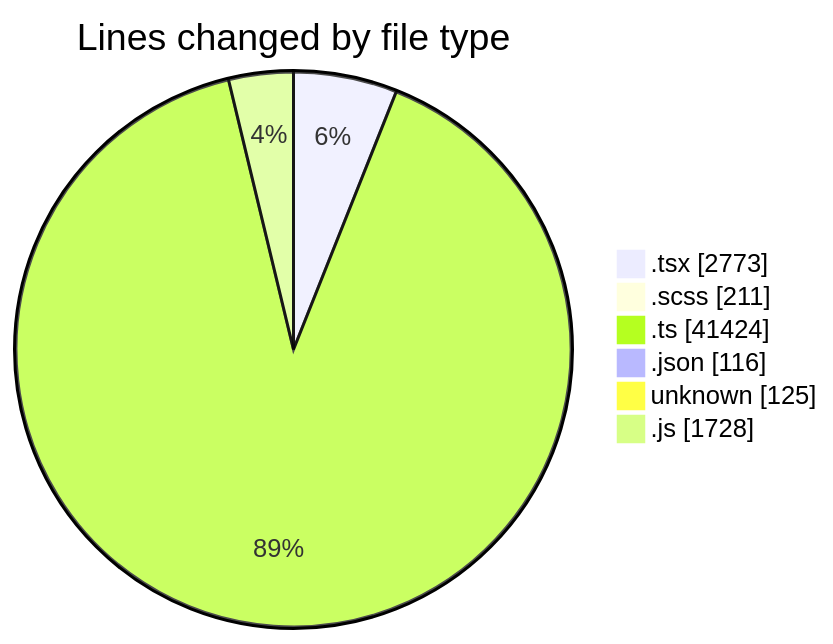
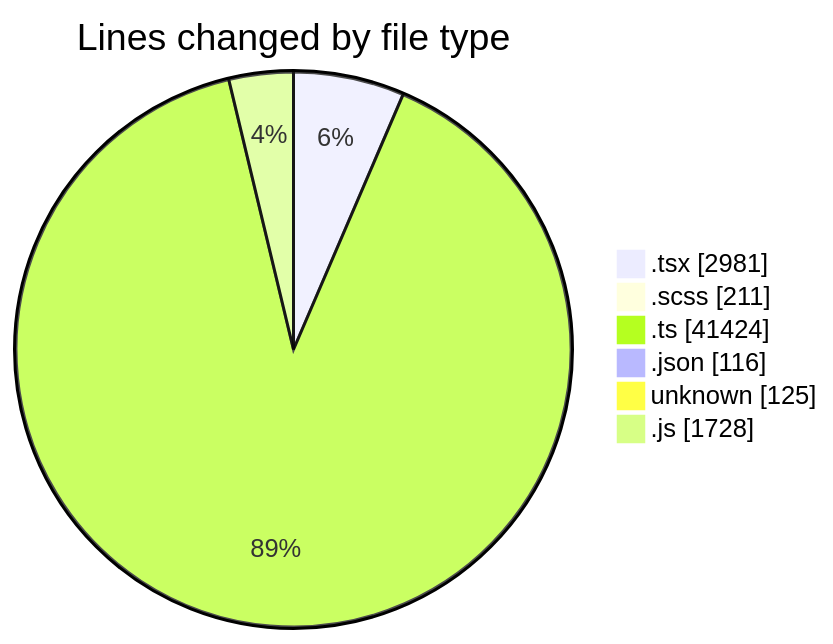
The first of 2 diagrams in 2026-09-04/cda/README.md (momahboobian/code-tracking), drawn with Mermaid before and after one commit. The commit also changed other lines of this file and 1 other file, not shown here.

````diff
--- a/2026-09-04/cda/README.md
+++ b/2026-09-04/cda/README.md
@@ -77,10 +77,10 @@
 ```mermaid
 pie showData
 title Lines changed by file type
-".tsx" : 2773
+".tsx" : 2981
 ".scss" : 211
 ".ts" : 41424
 ".json" : 116
 "unknown" : 125
 ".js" : 1728
 ```
````
